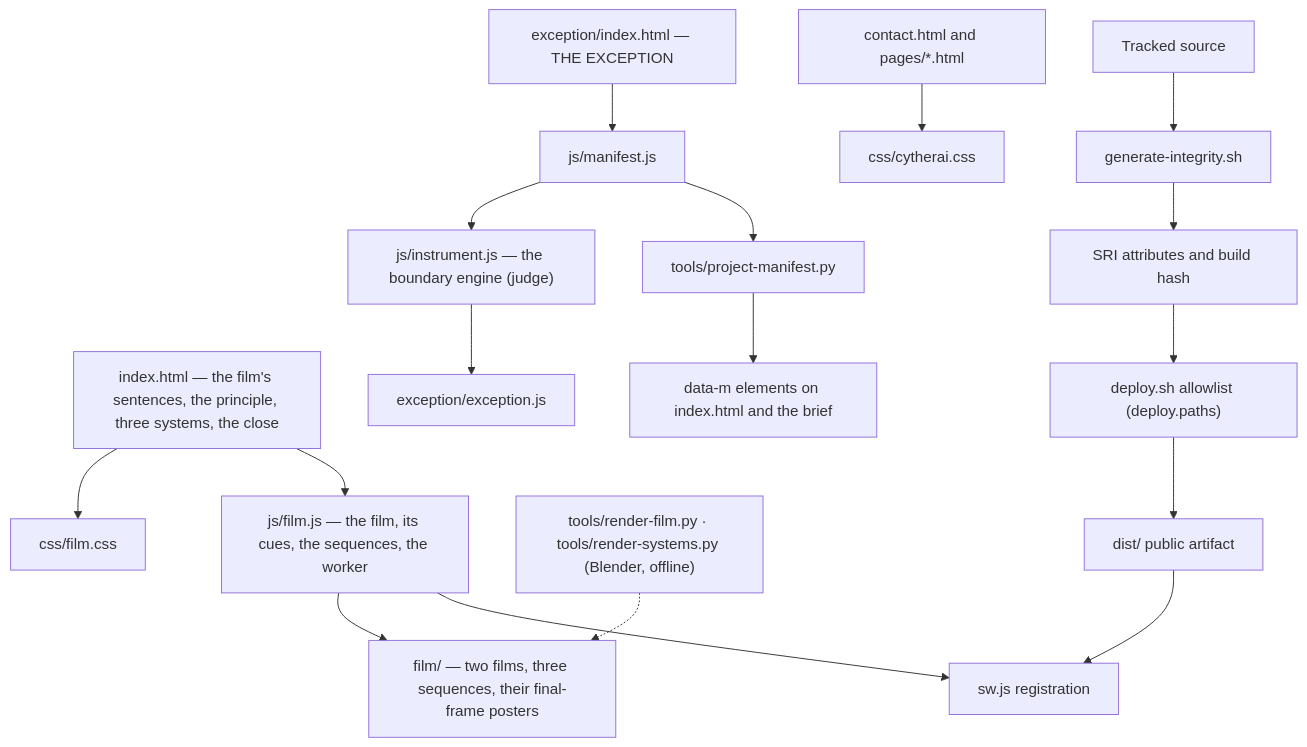
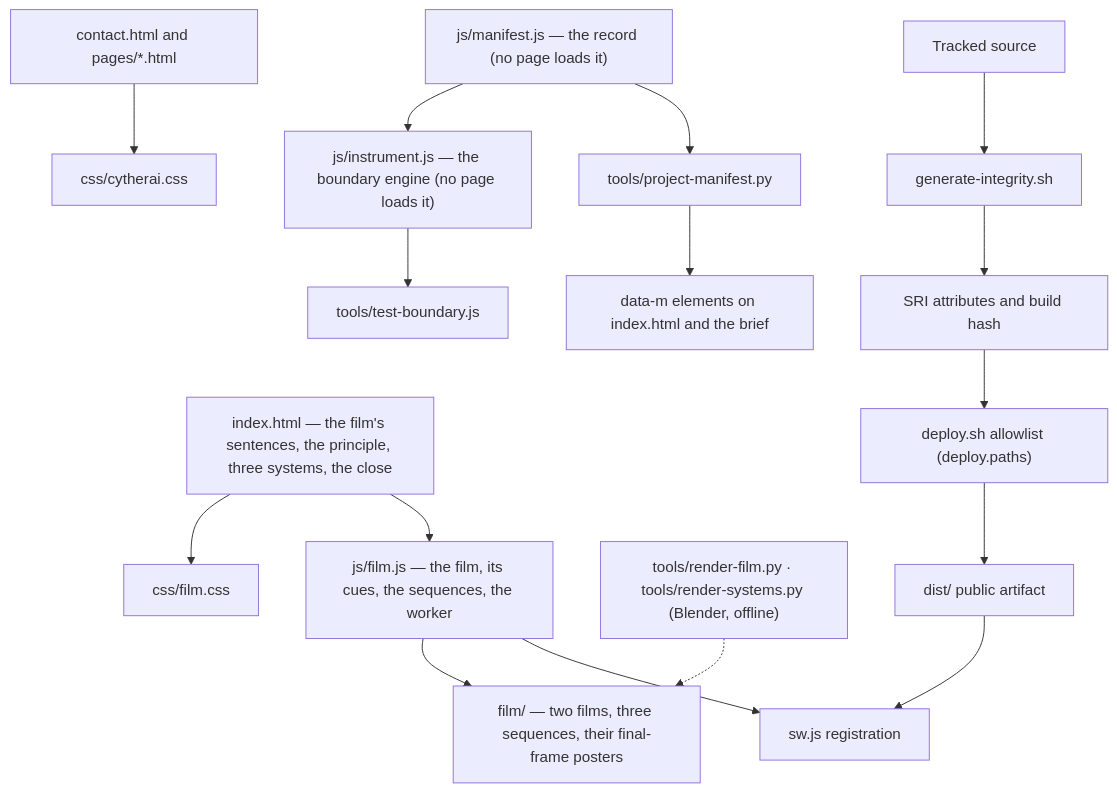
One commit to AethersDev/CytherAI changed the diagram in docs/architecture.md. Above: the diagram before and after it, drawn with Mermaid. The commit also changed other lines of this file and 44 other files, not shown here.

````diff
--- a/docs/architecture.md
+++ b/docs/architecture.md
@@ -21,22 +21,21 @@
 ```mermaid
 flowchart TD
   I["index.html — the film's sentences, the principle, three systems, the close"] --> CSS2["css/film.css"]
   I --> F["js/film.js — the film, its cues, the sequences, the worker"]
   F --> MED["film/ — two films, three sequences, their final-frame posters"]
   F --> SW["sw.js registration"]
   RF["tools/render-film.py · tools/render-systems.py (Blender, offline)"] -.-> MED
 
-  X["exception/index.html — THE EXCEPTION"] --> M["js/manifest.js"]
-  M --> B["js/instrument.js — the boundary engine (judge)"]
-  B --> XE["exception/exception.js"]
+  P["contact.html and pages/*.html"] --> CSS["css/cytherai.css"]
 
-  P["contact.html and pages/*.html"] --> CSS["css/cytherai.css"]
+  M["js/manifest.js — the record (no page loads it)"] --> B["js/instrument.js — the boundary engine (no page loads it)"]
+  B --> TB["tools/test-boundary.js"]
 
   SRC["Tracked source"] --> SRI["generate-integrity.sh"]
   SRI --> ID["SRI attributes and build hash"]
   ID --> DEP["deploy.sh allowlist (deploy.paths)"]
   DEP --> DIST["dist/ public artifact"]
   DIST --> SW
 
   M --> PM["tools/project-manifest.py"] --> DM["data-m elements on index.html and the brief"]
 ```
````
